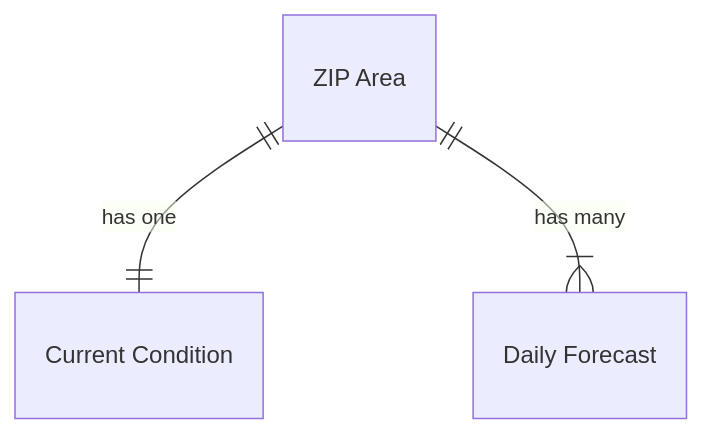
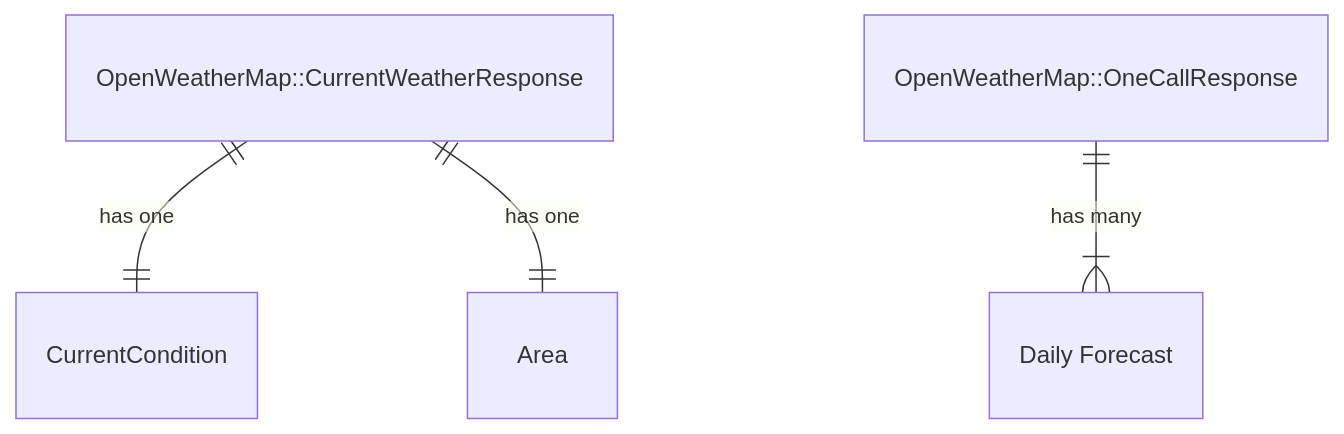
The first of 2 diagrams in README.md (nicolasroy/weather-forecast), drawn with Mermaid before and after one commit. The commit also changed other lines of this file, not shown here.

````diff
--- a/README.md
+++ b/README.md
@@ -29,5 +40,6 @@
 ```mermaid
 erDiagram
-  "ZIP Area" ||--|| "Current Condition" : "has one"
-  "ZIP Area" ||--|{ "Daily Forecast" : "has many"
+  "OpenWeatherMap::CurrentWeatherResponse" ||--|| "CurrentCondition" : "has one"
+  "OpenWeatherMap::CurrentWeatherResponse" ||--|| "Area" : "has one"
+  "OpenWeatherMap::OneCallResponse" ||--|{ "Daily Forecast" : "has many"
 ```
````
